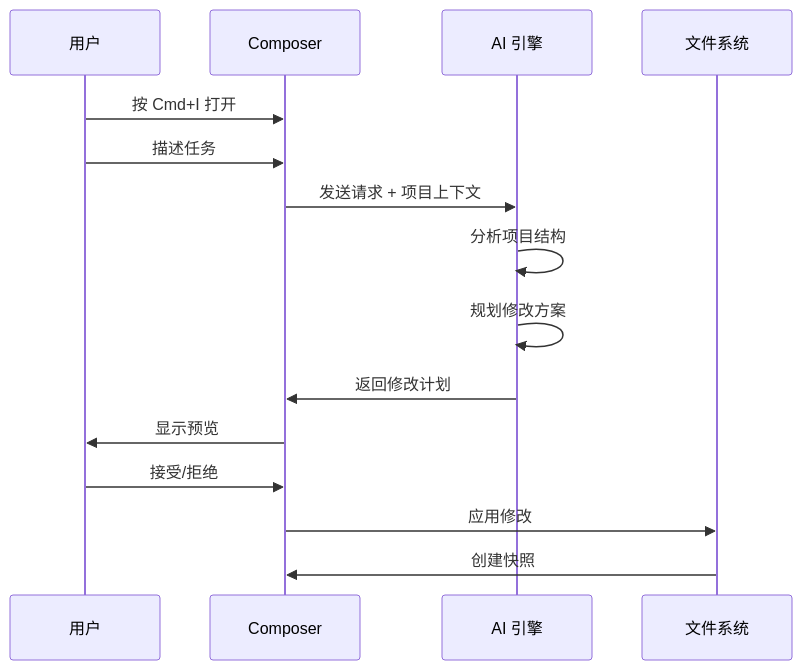
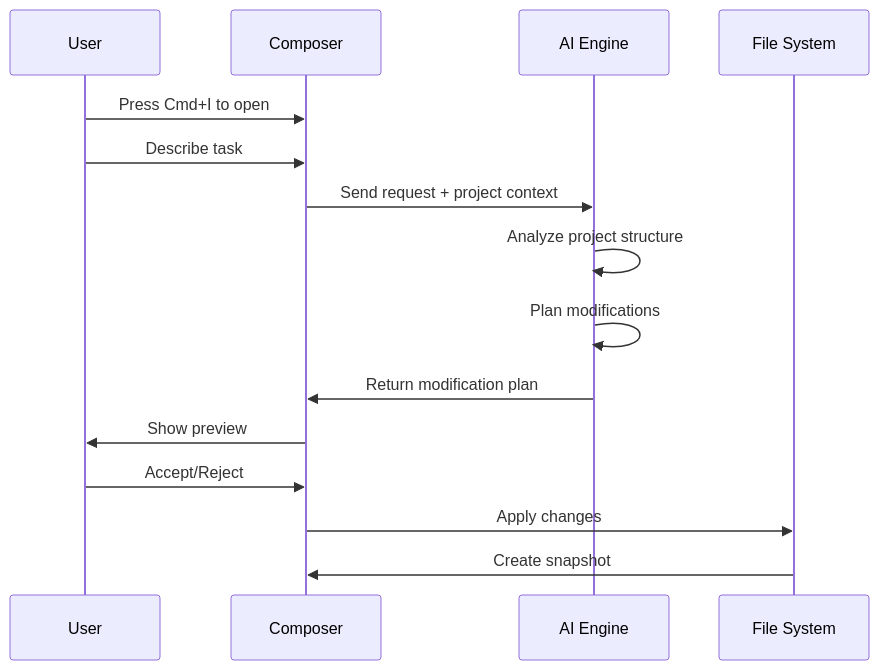
One commit to DDR187/cursor-howto changed the sixth of 9 diagrams in 01-shortcuts/README.md. Above: the diagram before and after it, drawn with Mermaid. The commit also changed other lines of this file and 22 other files, not shown here.

````diff
--- a/01-shortcuts/README.md
+++ b/01-shortcuts/README.md
@@ -302,18 +302,18 @@
 ```mermaid
 sequenceDiagram
-    participant U as 用户
+    participant U as User
     participant C as Composer
-    participant AI as AI 引擎
-    participant FS as 文件系统
+    participant AI as AI Engine
+    participant FS as File System
     
-    U->>C: 按 Cmd+I 打开
-    U->>C: 描述任务
-    C->>AI: 发送请求 + 项目上下文
-    AI->>AI: 分析项目结构
-    AI->>AI: 规划修改方案
-    AI->>C: 返回修改计划
-    C->>U: 显示预览
-    U->>C: 接受/拒绝
-    C->>FS: 应用修改
-    FS->>C: 创建快照
+    U->>C: Press Cmd+I to open
+    U->>C: Describe task
+    C->>AI: Send request + project context
+    AI->>AI: Analyze project structure
+    AI->>AI: Plan modifications
+    AI->>C: Return modification plan
+    C->>U: Show preview
+    U->>C: Accept/Reject
+    C->>FS: Apply changes
+    FS->>C: Create snapshot
 ```
````
